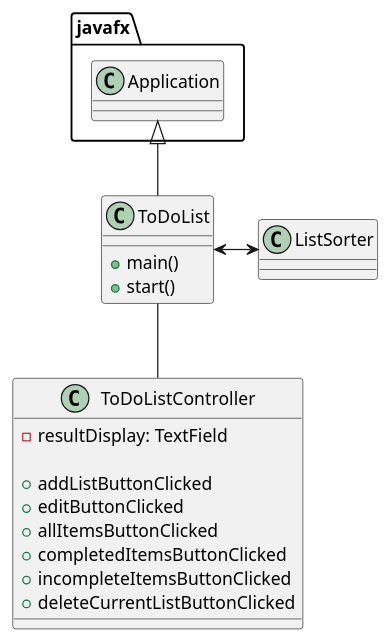
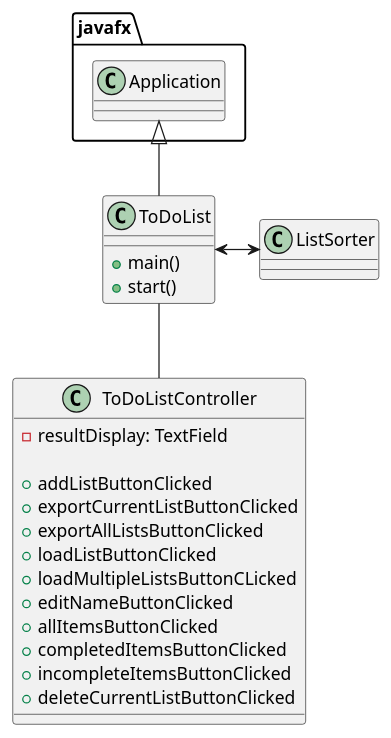
One commit to cepedaj0601/cepeda-cop3330-assignment4 changed the diagram in uml/To Do List.puml. Above: the diagram before and after it, drawn with PlantUML. The commit also changed 3 other files, not shown here.

```diff
--- a/uml/To Do List.puml
+++ b/uml/To Do List.puml
@@ -1,29 +1,33 @@
 @startuml
 'https://plantuml.com/class-diagram
 
 class ToDoList{
     + main()
     + start()
 }
 
 class ToDoListController{
     - resultDisplay: TextField
 
     + addListButtonClicked
-    + editButtonClicked
+    + exportCurrentListButtonClicked
+    + exportAllListsButtonClicked
+    + loadListButtonClicked
+    + loadMultipleListsButtonCLicked
+    + editNameButtonClicked
     + allItemsButtonClicked
     + completedItemsButtonClicked
     + incompleteItemsButtonClicked
     + deleteCurrentListButtonClicked
 }
 
 class ListSorter {
 
 }
 
 javafx.Application <|-- ToDoList
 
 ToDoList <-> ListSorter
 ToDoList -- ToDoListController
 
 @enduml
```
